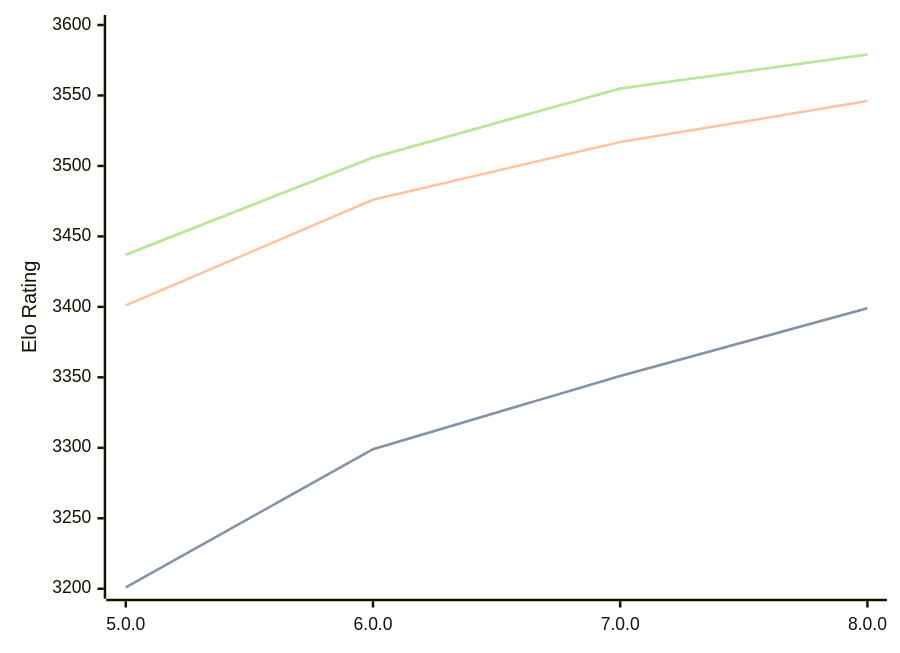
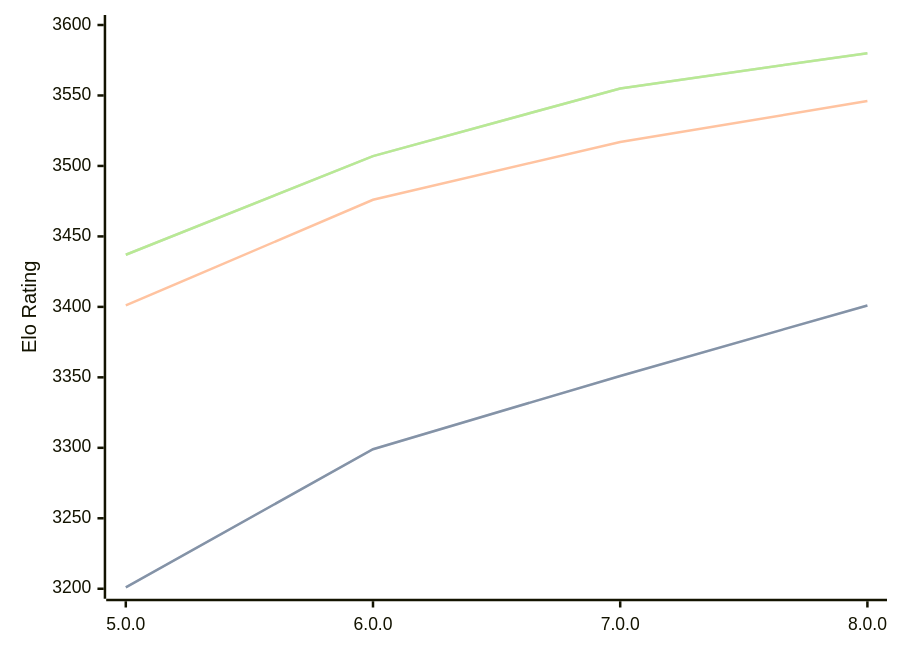
Before and after one commit to computer-chess-index/cci: the diagram in engines/Stormphrax.md, drawn with Mermaid. The commit also changed other lines of this file, not shown here.

Commit message:
Update CCI Ratings (ELO VLTC) - 2026-08-30

````diff
--- a/engines/Stormphrax.md
+++ b/engines/Stormphrax.md
@@ -34,11 +34,11 @@
 ```mermaid
 %%{init: {"theme":"base","themeVariables":{"seriesColors:['#a3a3a3','#222221','#faa371']}}}%%
 xychart-beta
   x-axis ["5.0.0", "6.0.0", "7.0.0", "8.0.0"]
   y-axis "Elo Rating" 3200 --> 3600
-  line "" [3201, 3299, 3351, 3399]
-  line "STC (8.0+0.08s)" [3201, 3299, 3351, 3399]
+  line "" [3201, 3299, 3351, 3401]
+  line "STC (8.0+0.08s)" [3201, 3299, 3351, 3401]
   line "LTC (60.0+0.60s)" [3401, 3476, 3517, 3546]
-  line "" [3437, 3506, 3555, 3579]
-  line "VLTC (2m24s+1.12s)" [3437, 3506, 3555, 3579]
+  line "" [3437, 3507, 3555, 3580]
+  line "VLTC (2m24s+1.12s)" [3437, 3507, 3555, 3580]
 ```
````
